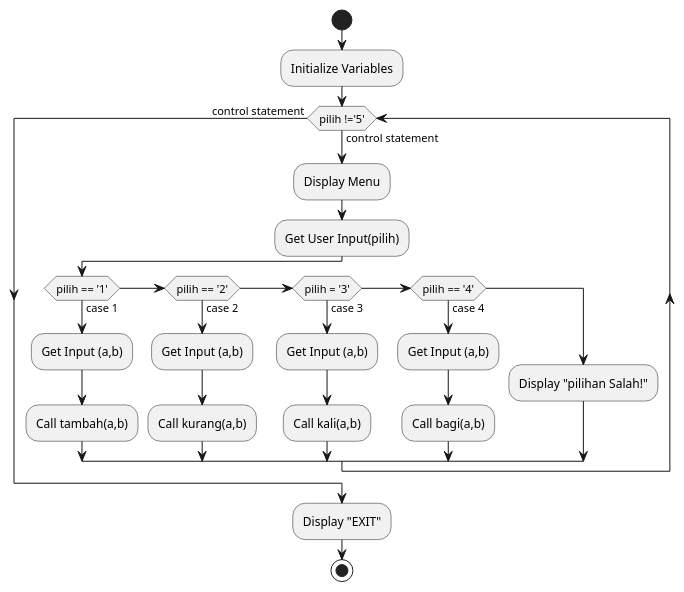
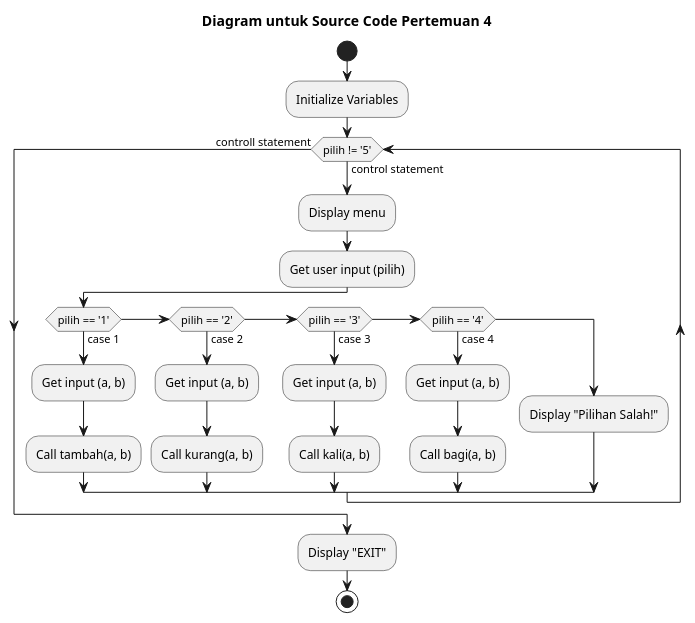
Before and after one commit to dinosaurusjawa/Bahasa-Pemograman: the diagram in pert5/pert5.puml, drawn with PlantUML. The commit also changed other lines of this file and 3 other files, not shown here.

```diff
--- a/pert5/pert5.puml
+++ b/pert5/pert5.puml
@@ -1,26 +1,27 @@
-@startuml pert5
+@startuml Pert5
+title Diagram untuk Source Code Pertemuan 4
 start
 :Initialize Variables;
-while (pilih !='5') is (control statement)
-    :Display Menu;
-    :Get User Input(pilih);
+while (pilih != '5') is (control statement)
+    :Display menu;
+    :Get user input (pilih);
     if (pilih == '1') then (case 1)
-        :Get Input (a,b); 
-        :Call tambah(a,b);
+        :Get input (a, b);
+        :Call tambah(a, b);
     else if (pilih == '2') then (case 2)
-        :Get Input (a,b);
-        :Call kurang(a,b);
-    else if (pilih = '3') then (case 3)
-        :Get Input (a,b);
-        :Call kali(a,b);
+        :Get input (a, b);
+        :Call kurang(a, b);
+    else if (pilih == '3') then (case 3)
+        :Get input (a, b);
+        :Call kali(a, b);
     else if (pilih == '4') then (case 4)
-        :Get Input (a,b);
-        :Call bagi(a,b);
-    else    
-        :Display "pilihan Salah!";
+        :Get input (a, b);
+        :Call bagi(a, b);
+    else
+        :Display "Pilihan Salah!";
     endif
-endwhile ( control statement )
+endwhile (controll statement)
 :Display "EXIT";
 stop
 
 @enduml
```
